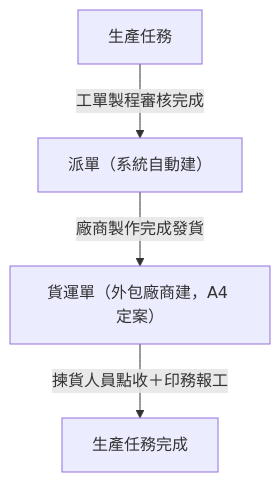
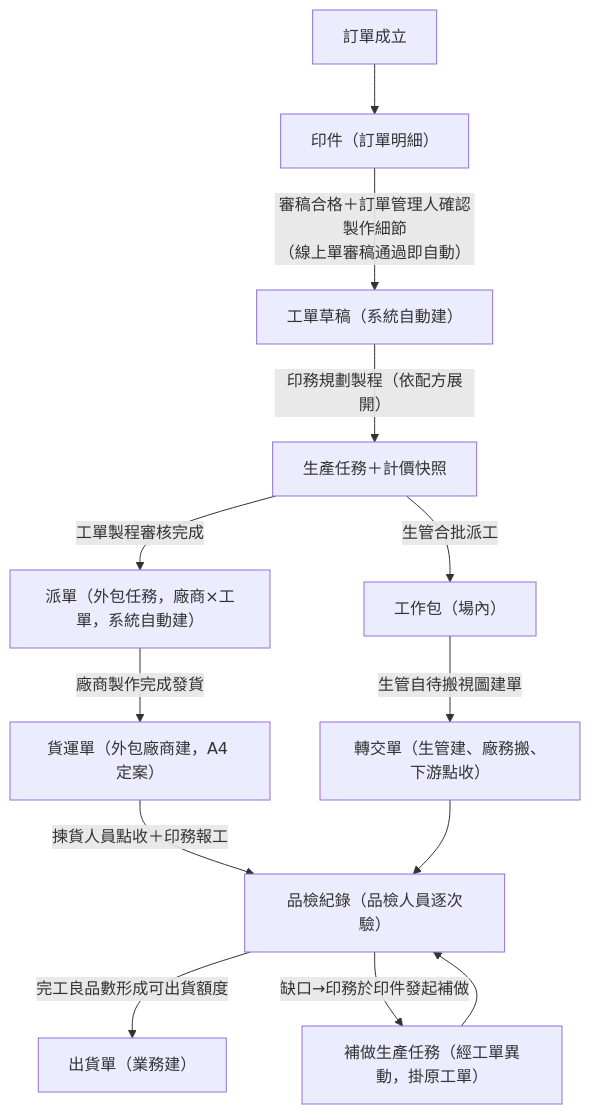
One commit to Kawato-Miles/erp-spec changed the second of 4 diagrams in memory/Sens_wiki/wiki/erp/05-entities/範例 - 資料結構總覽.md. Above: the diagram before and after it, drawn with Mermaid. The commit also changed other lines of this file and 4 other files, not shown here.

````diff
--- a/memory/Sens_wiki/wiki/erp/05-entities/範例 - 資料結構總覽.md
+++ b/memory/Sens_wiki/wiki/erp/05-entities/範例 - 資料結構總覽.md
@@ -29,6 +75,15 @@
 ```mermaid
 flowchart TD
-    D["生產任務"] -->|"工單製程審核完成"| E["派單（系統自動建）"]
+    A["訂單成立"] --> B["印件（訂單明細）"]
+    B -->|"審稿合格＋訂單管理人確認製作細節<br>（線上單審稿通過即自動）"| C["工單草稿（系統自動建）"]
+    C -->|"印務規劃製程（依配方展開）"| D["生產任務＋計價快照"]
+    D -->|"工單製程審核完成"| E["派單（外包任務，廠商×工單，系統自動建）"]
+    D -->|"生管合批派工"| F["工作包（場內）"]
     E -->|"廠商製作完成發貨"| G["貨運單（外包廠商建，A4 定案）"]
-    G -->|"揀貨人員點收＋印務報工"| Z["生產任務完成"]
+    F -->|"生管自待搬視圖建單"| H["轉交單（生管建、廠務搬、下游點收）"]
+    G -->|"揀貨人員點收＋印務報工"| I["品檢紀錄（品檢人員逐次驗）"]
+    H --> I
+    I -->|"完工良品數形成可出貨額度"| J["出貨單（業務建）"]
+    I -->|"缺口→印務於印件發起補做"| K["補做生產任務（經工單異動，掛原工單）"]
+    K --> I
 ```
````
